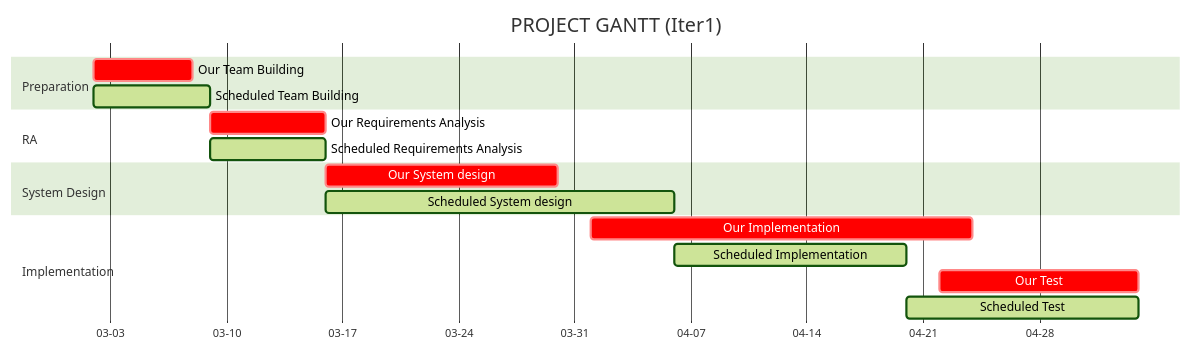
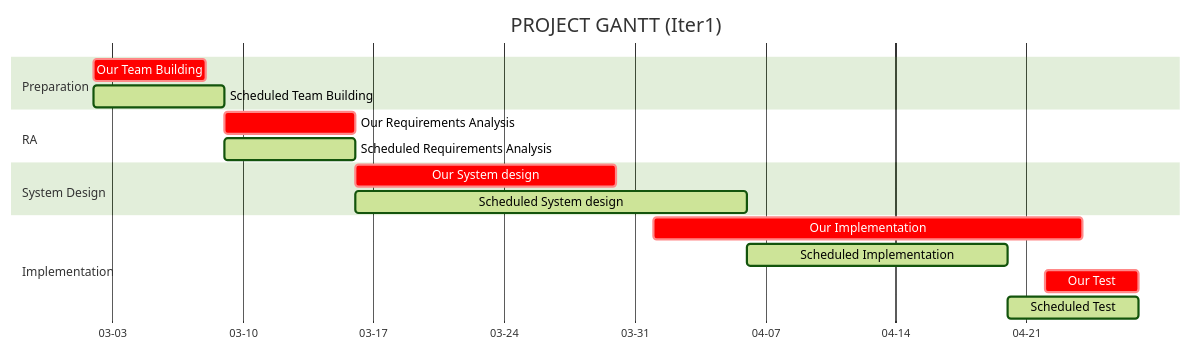
One commit to zkc3783/dream-share-discover changed the diagram in CALENDER.md. Above: the diagram before and after it, drawn with Mermaid (forest theme). The commit also changed 1 other file, not shown here.

Commit message:
readme and gantt updated

````diff
--- a/CALENDER.md
+++ b/CALENDER.md
@@ -9,20 +9,20 @@
 ```mermaid
 gantt
 dateFormat MM-DD
 axisFormat %m-%d
 title PROJECT GANTT (Iter1)
 section Preparation
 Our Team Building: crit, a1, 03-02, 6d
 Scheduled Team Building: active, a3, 03-02, 7d
 section RA
 Our Requirements Analysis: crit, 03-09 , 7d
 Scheduled Requirements Analysis: active, 03-09, 7d
 section System Design
 Our System design: crit, 03-16, 14d
 Scheduled System design: active, 03-16, 21d
 section Implementation
 Our Implementation: crit, 04-01, 23d
 Scheduled Implementation: active, 04-06, 14d
-Our Test: crit, 04-22, 12d
-Scheduled Test: active, 04-20, 14d
+Our Test: crit, 04-22, 5d
+Scheduled Test: active, 04-20, 7d
 ```
````
